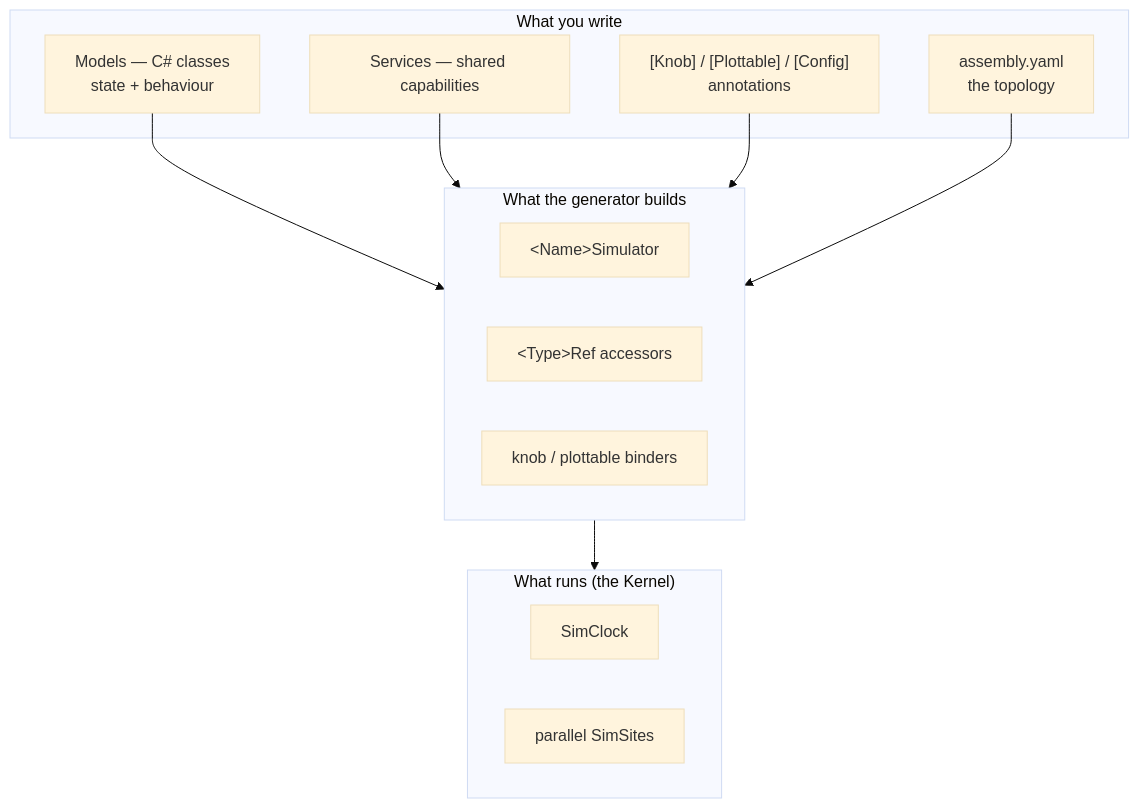
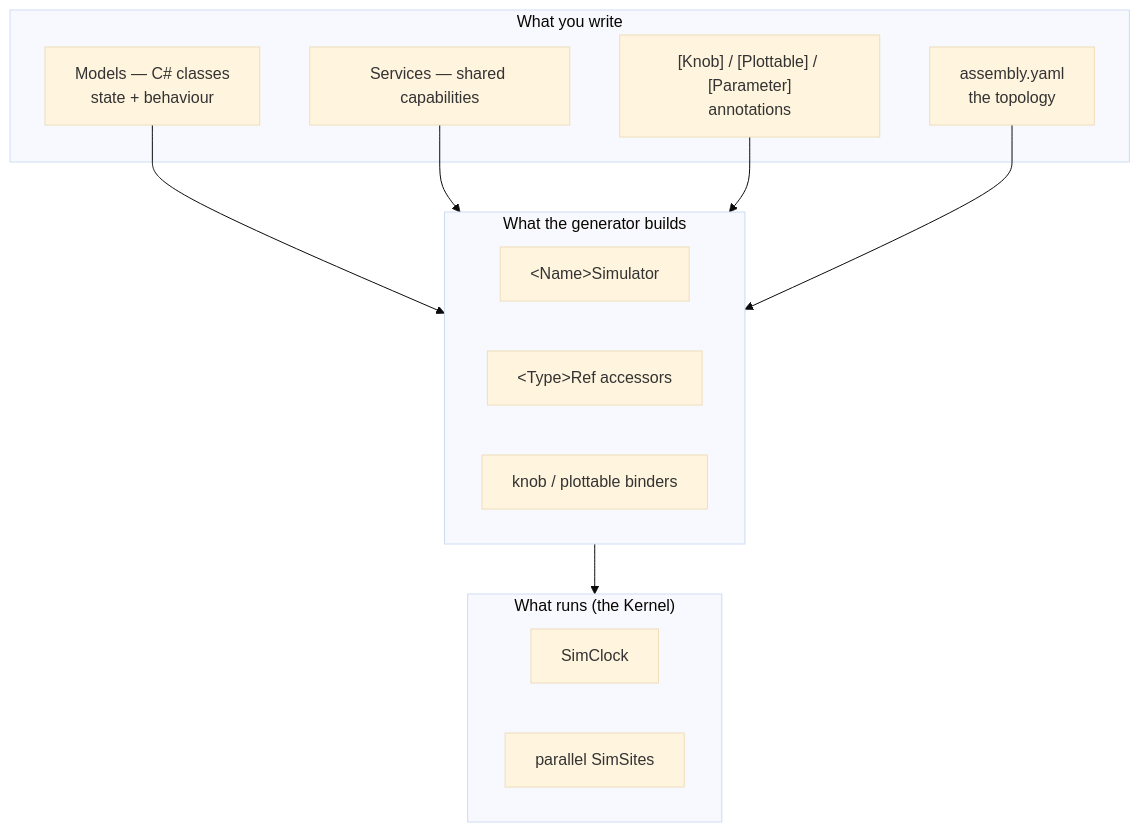
One commit to SimulaSharp-org/simulasharp-docs changed the diagram in public/content/introduction.md. Above: the diagram before and after it, drawn with Mermaid (base theme). The commit also changed 28 other files, not shown here.

````diff
--- a/public/content/introduction.md
+++ b/public/content/introduction.md
@@ -31,23 +31,23 @@
 ```mermaid
 flowchart TB
   subgraph AUTHOR["What you write"]
     M["Models — C# classes<br/>state + behaviour"]
     S["Services — shared capabilities"]
-    K["[Knob] / [Plottable] / [Config]<br/>annotations"]
+    K["[Knob] / [Plottable] / [Parameter]<br/>annotations"]
     Y["assembly.yaml<br/>the topology"]
   end
   subgraph GEN["What the generator builds"]
     SIM["&lt;Name&gt;Simulator"]
     REF["&lt;Type&gt;Ref accessors"]
     BIND["knob / plottable binders"]
   end
   subgraph RUN["What runs (the Kernel)"]
     CLK["SimClock"]
     ST["parallel SimSites"]
   end
   M --> GEN
   S --> GEN
   K --> GEN
   Y --> GEN
   GEN --> RUN
 ```
````
